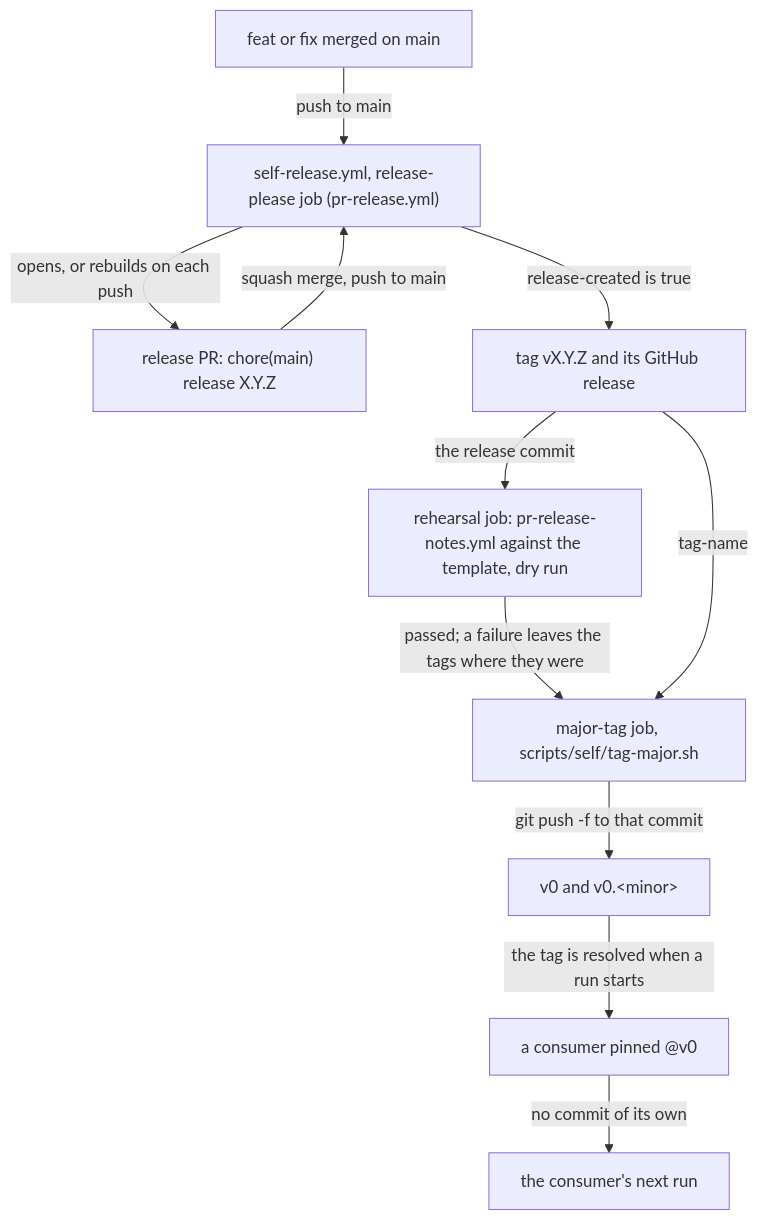
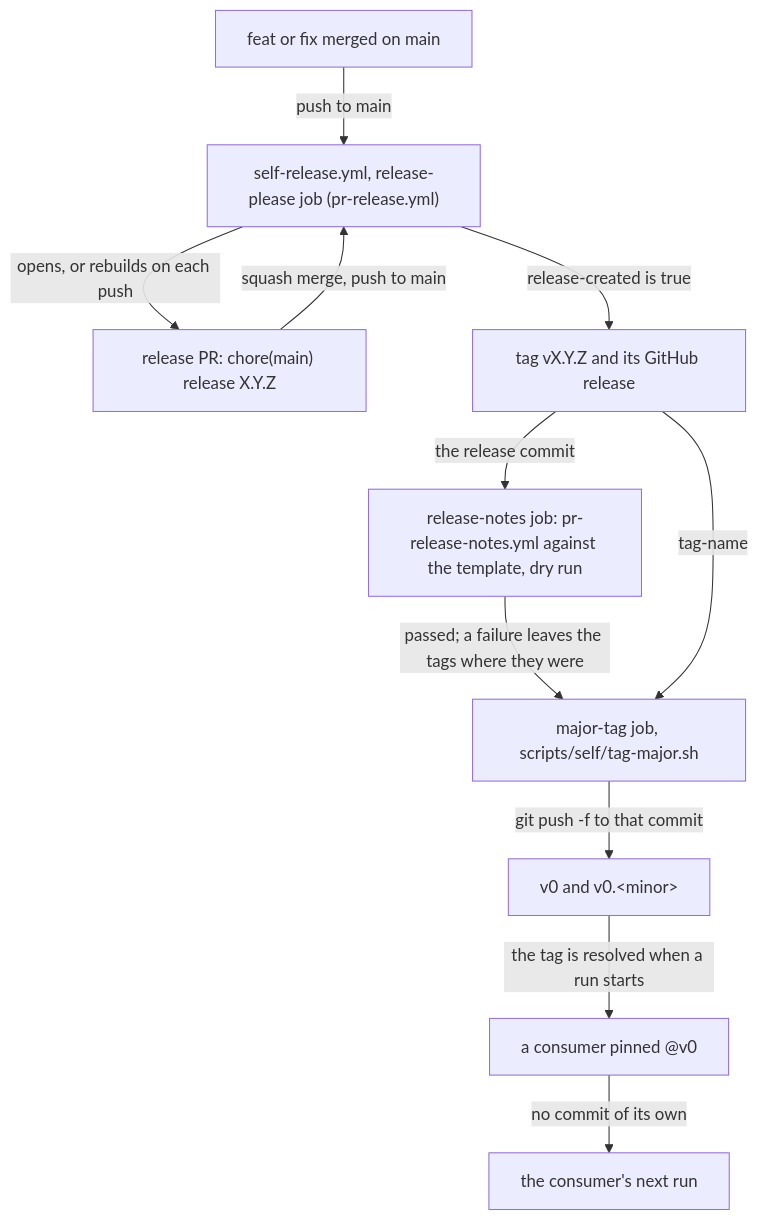
Before and after one commit to blinkbitcoin/shared-workflows: the first of 5 diagrams in docs/consumer-guide.md, drawn with Mermaid. The commit also changed other lines of this file and 14 other files, not shown here.

First line of the commit message:
ci(self): name the release notes dry run for what it does, not a rehearsal (#125)

````diff
--- a/docs/consumer-guide.md
+++ b/docs/consumer-guide.md
@@ -43,22 +43,22 @@
 ```mermaid
 flowchart TD
   merged["feat or fix merged on main"]
   release["self-release.yml, release-please job (pr-release.yml)"]
   pr["release PR: chore(main) release X.Y.Z"]
   tag["tag vX.Y.Z and its GitHub release"]
-  rehearsal["rehearsal job: pr-release-notes.yml against the template, dry run"]
+  notes["release-notes job: pr-release-notes.yml against the template, dry run"]
   major["major-tag job, scripts/self/tag-major.sh"]
   moving["v0 and v0.&lt;minor&gt;"]
   consumer["a consumer pinned @v0"]
   run["the consumer's next run"]
   merged -->|"push to main"| release
   release -->|"opens, or rebuilds on each push"| pr
   pr -->|"squash merge, push to main"| release
   release -->|"release-created is true"| tag
-  tag -->|"the release commit"| rehearsal
-  rehearsal -->|"passed; a failure leaves the tags where they were"| major
+  tag -->|"the release commit"| notes
+  notes -->|"passed; a failure leaves the tags where they were"| major
   tag -->|"tag-name"| major
   major -->|"git push -f to that commit"| moving
   moving -->|"the tag is resolved when a run starts"| consumer
   consumer -->|"no commit of its own"| run
 ```
````
